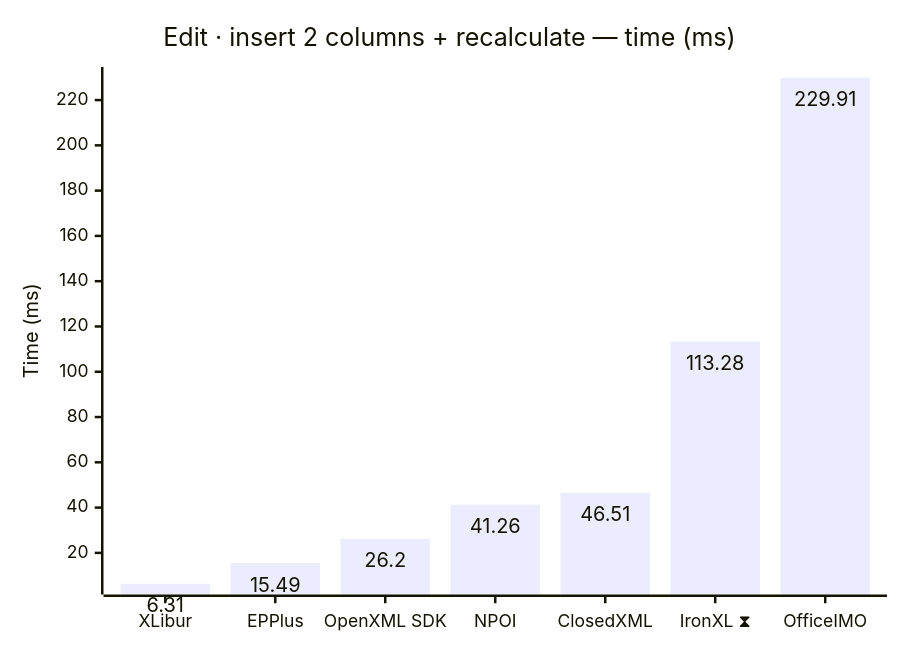
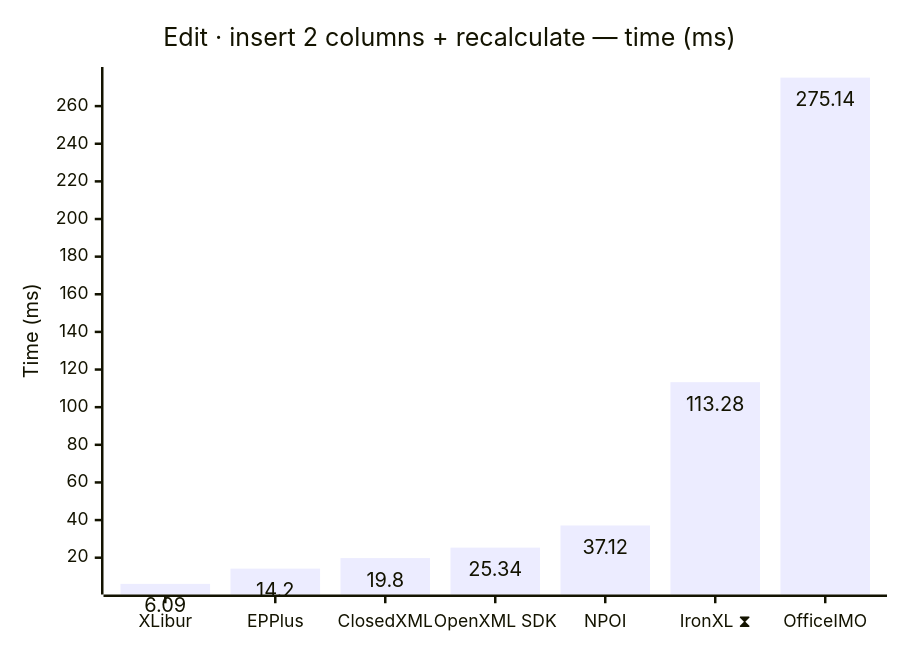
One commit to jafin/XLBench changed diagram 11 of 12 in docs/results-ci.md. Above: the diagram before and after it, drawn with Mermaid. The commit also changed other lines of this file, not shown here.

````diff
--- a/docs/results-ci.md
+++ b/docs/results-ci.md
@@ -173,12 +173,12 @@
 ```mermaid
 ---
 config:
   xyChart:
     showDataLabel: true
 ---
 xychart-beta
     title "Edit · insert 2 columns + recalculate — time (ms)"
-    x-axis ["XLibur", "EPPlus", "OpenXML SDK", "NPOI", "ClosedXML", "IronXL ⧗", "OfficeIMO"]
+    x-axis ["XLibur", "EPPlus", "ClosedXML", "OpenXML SDK", "NPOI", "IronXL ⧗", "OfficeIMO"]
     y-axis "Time (ms)"
-    bar [6.31, 15.49, 26.2, 41.26, 46.51, 113.28, 229.91]
+    bar [6.09, 14.2, 19.8, 25.34, 37.12, 113.28, 275.14]
 ```
````
